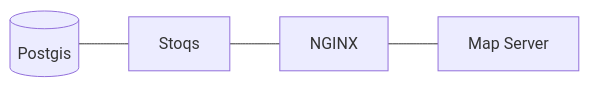
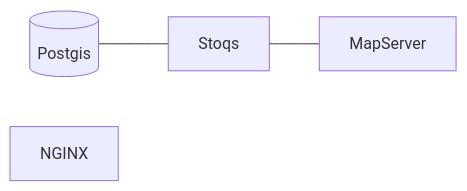
One commit to OtterBots/capstone_stoqs changed the diagram in stoqs_docs/docs/index.md. Above: the diagram before and after it, drawn with Mermaid. The commit also changed 1 other file, not shown here.

Commit message:
update container diagram

````diff
--- a/stoqs_docs/docs/index.md
+++ b/stoqs_docs/docs/index.md
@@ -16,11 +16,9 @@
 ``` mermaid
 flowchart LR
     Postgis[(Postgis)]
     Stoqs["Stoqs"]
     NGINX["NGINX"]
-    MapServer["Map Server"]
 
     Postgis --- Stoqs
-    Stoqs --- NGINX
-    NGINX --- MapServer
+    Stoqs--- MapServer
 ```
````
